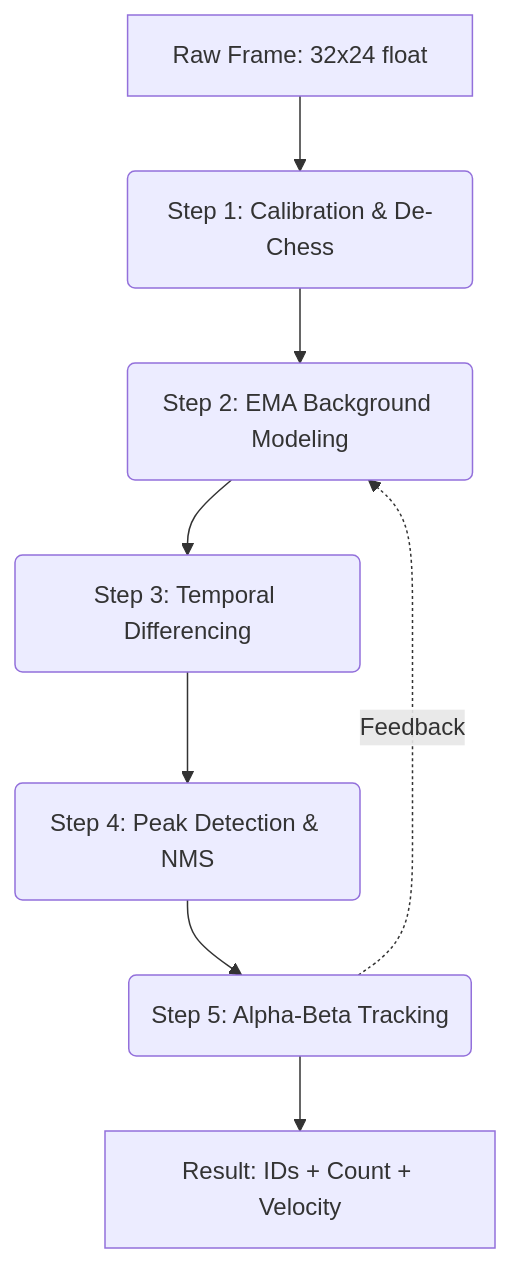
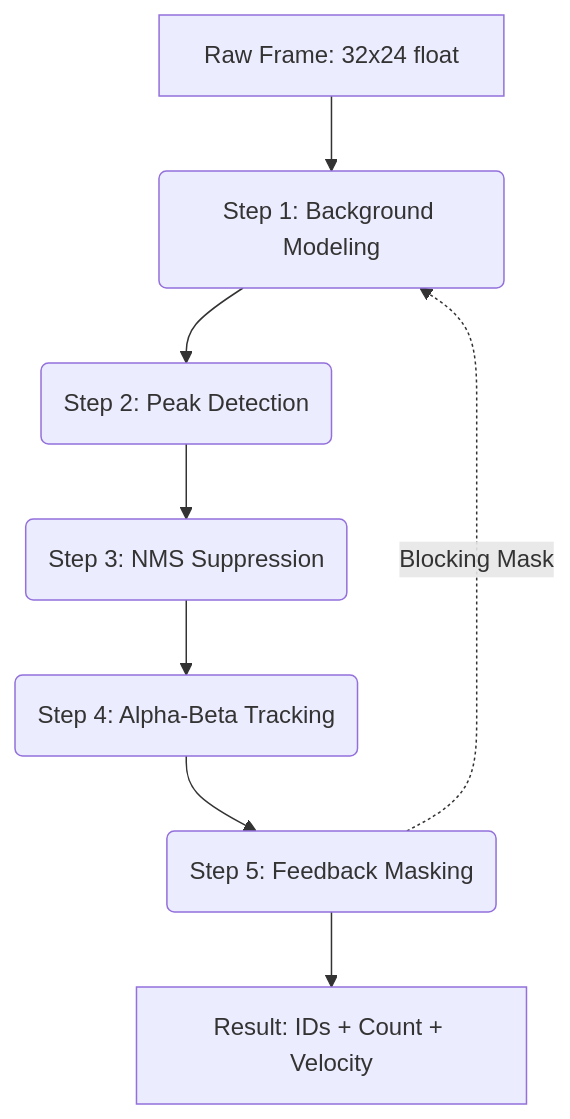
One commit to xchorizoxx/ESP32-THERMAL-COUNTER changed the diagram in docs/architecture/pipeline_stages.md. Above: the diagram before and after it, drawn with Mermaid. The commit also changed other lines of this file and 34 other files, not shown here.

````diff
--- a/docs/architecture/pipeline_stages.md
+++ b/docs/architecture/pipeline_stages.md
@@ -7,11 +7,11 @@
 ```mermaid
 graph TD
-    A[Raw Frame: 32x24 float] --> B(Step 1: Calibration & De-Chess)
-    B --> C(Step 2: EMA Background Modeling)
-    C --> D(Step 3: Temporal Differencing)
-    D --> E(Step 4: Peak Detection & NMS)
-    E --> F(Step 5: Alpha-Beta Tracking)
+    A[Raw Frame: 32x24 float] --> B(Step 1: Background Modeling)
+    B --> C(Step 2: Peak Detection)
+    C --> D(Step 3: NMS Suppression)
+    D --> E(Step 4: Alpha-Beta Tracking)
+    E --> F(Step 5: Feedback Masking)
     F --> G[Result: IDs + Count + Velocity]
     
-    F -.->|Feedback| C
+    F -.->|Blocking Mask| B
 ```
````
